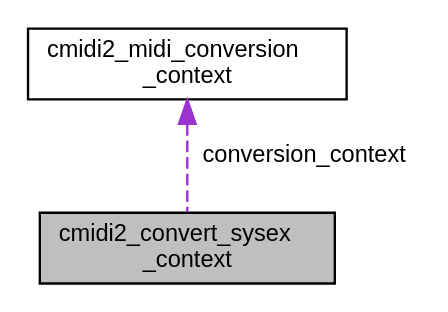
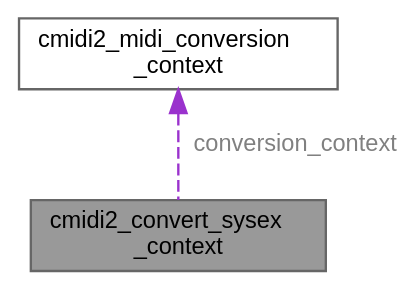
The diagram in structcmidi2__convert__sysex__context__coll__graph.dot (atsushieno/cmidi2), drawn with Graphviz before and after one commit. The commit also changed 193 other files, not shown here.

```diff
--- a/structcmidi2__convert__sysex__context__coll__graph.dot
+++ b/structcmidi2__convert__sysex__context__coll__graph.dot
@@ -1,9 +1,10 @@
 digraph "cmidi2_convert_sysex_context"
 {
  // LATEX_PDF_SIZE
-  edge [fontname="Helvetica",fontsize="10",labelfontname="Helvetica",labelfontsize="10"];
-  node [fontname="Helvetica",fontsize="10",shape=record];
-  Node1 [label="cmidi2_convert_sysex\l_context",height=0.2,width=0.4,color="black", fillcolor="grey75", style="filled", fontcolor="black",tooltip=" "];
-  Node2 -> Node1 [dir="back",color="darkorchid3",fontsize="10",style="dashed",label=" conversion_context" ,fontname="Helvetica"];
-  Node2 [label="cmidi2_midi_conversion\l_context",height=0.2,width=0.4,color="black", fillcolor="white", style="filled",URL="$structcmidi2__midi__conversion__context.html",tooltip=" "];
+  bgcolor="transparent";
+  edge [fontname=Helvetica,fontsize=10,labelfontname=Helvetica,labelfontsize=10];
+  node [fontname=Helvetica,fontsize=10,shape=box,height=0.2,width=0.4];
+  Node1 [id="Node000001",label="cmidi2_convert_sysex\l_context",height=0.2,width=0.4,color="gray40", fillcolor="grey60", style="filled", fontcolor="black",tooltip=" "];
+  Node2 -> Node1 [id="edge1_Node000001_Node000002",dir="back",color="darkorchid3",style="dashed",tooltip=" ",label=" conversion_context",fontcolor="grey" ];
+  Node2 [id="Node000002",label="cmidi2_midi_conversion\l_context",height=0.2,width=0.4,color="gray40", fillcolor="white", style="filled",URL="$structcmidi2__midi__conversion__context.html",tooltip=" "];
 }
```
